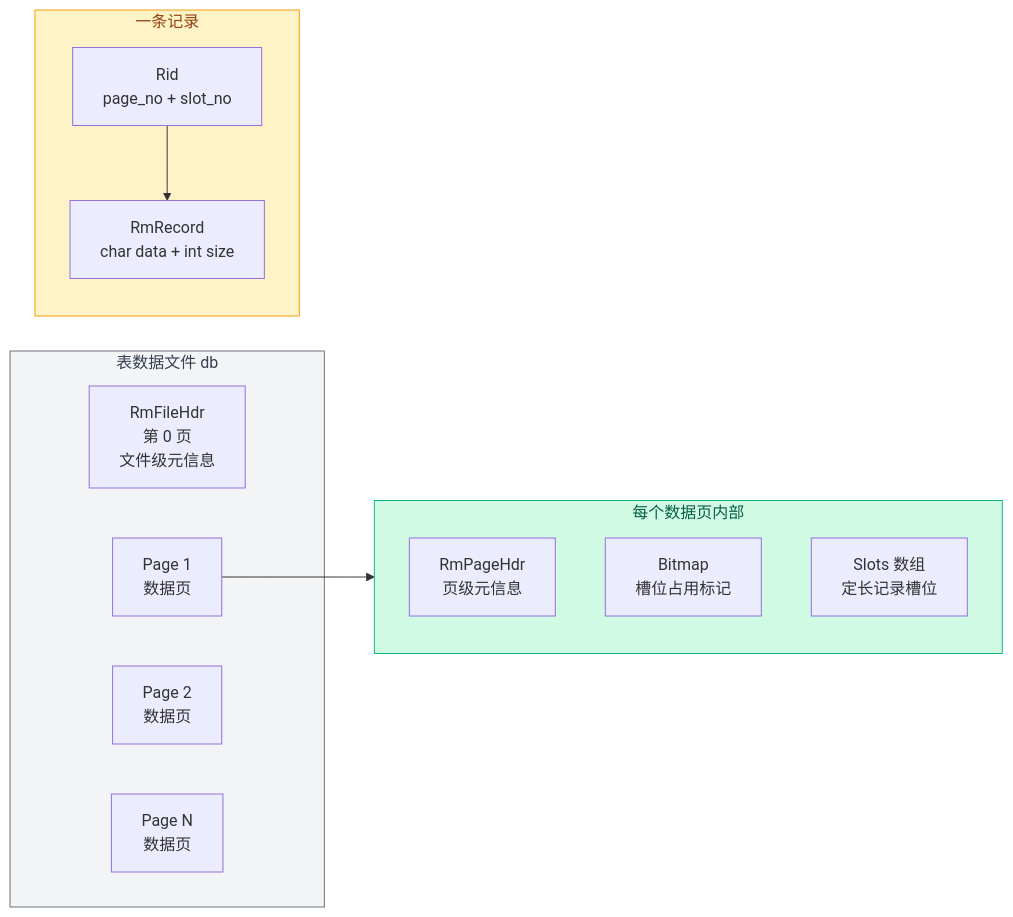
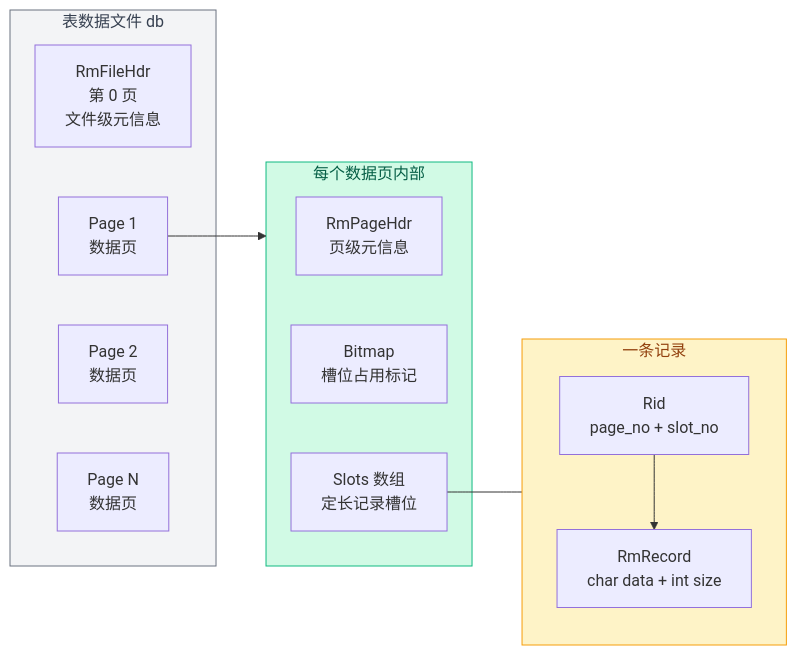
The first of 2 diagrams in my-analysis/02-record-layer/02-record-data-structures.md (Dorian7Alden/RMDB-2024-Analyze), drawn with Mermaid before and after one commit. The commit also changed other lines of this file, not shown here.

````diff
--- a/my-analysis/02-record-layer/02-record-data-structures.md
+++ b/my-analysis/02-record-layer/02-record-data-structures.md
@@ -7,26 +7,27 @@
 ```mermaid
 flowchart LR
     subgraph file["表数据文件 db"]
         style file fill:#f3f4f6,stroke:#6b7280,color:#374151
         FH["RmFileHdr<br/>第 0 页<br/>文件级元信息"]
         P1["Page 1<br/>数据页"]
         P2["Page 2<br/>数据页"]
         PN["Page N<br/>数据页"]
     end
 
     subgraph page["每个数据页内部"]
         style page fill:#d1fae5,stroke:#10b981,color:#065f46
         PH["RmPageHdr<br/>页级元信息"]
         BM["Bitmap<br/>槽位占用标记"]
         SLOTS["Slots 数组<br/>定长记录槽位"]
     end
 
     subgraph record["一条记录"]
         style record fill:#fef3c7,stroke:#f59e0b,color:#92400e
         RC["RmRecord<br/>char data + int size"]
         RID["Rid<br/>page_no + slot_no"]
     end
 
     P1 --> page
     RID --> RC
+    SLOTS --- record
 ```
````
